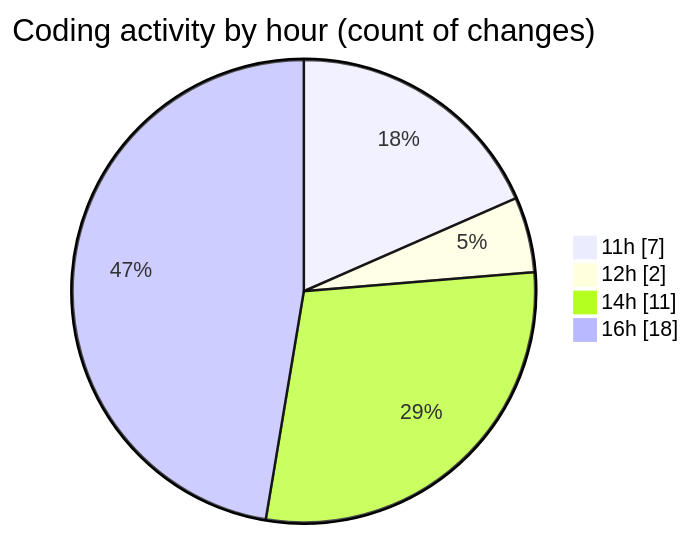
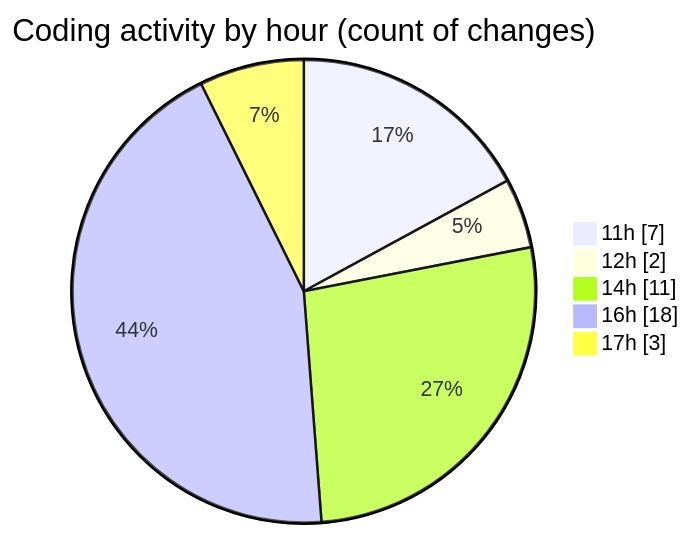
The second of 2 diagrams in 2025-09-26/untitled__workspace_/README.md (debugP/code-tracking), drawn with Mermaid before and after one commit. The commit also changed other lines of this file and 1 other file, not shown here.

````diff
--- a/2025-09-26/untitled__workspace_/README.md
+++ b/2025-09-26/untitled__workspace_/README.md
@@ -34,8 +34,9 @@
 ```mermaid
 pie showData
 title Coding activity by hour (count of changes)
 "11h" : 7
 "12h" : 2
 "14h" : 11
 "16h" : 18
+"17h" : 3
 ```
````
